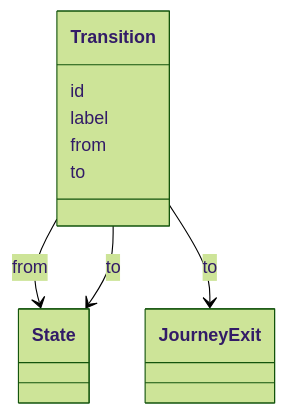
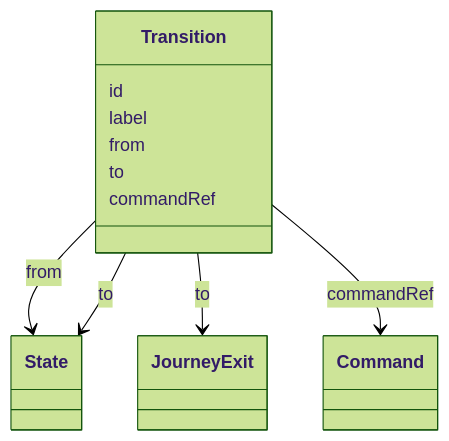
The third of 13 diagrams in specs/ed/graph/index.md (openuji/spec-ujg), drawn with Mermaid (forest theme) before and after one commit. The commit also changed other lines of this file and 48 other files, not shown here.

````diff
--- a/specs/ed/graph/index.md
+++ b/specs/ed/graph/index.md
@@ -134,16 +136,19 @@
 ```mermaid
 classDiagram
   class State
   class JourneyExit
+  class Command
 
   class Transition {
     id
     label
     from
     to
+    commandRef
   }
 
   Transition --> State : from
   Transition --> State : to
   Transition --> JourneyExit : to
+  Transition --> Command : commandRef
 ```
````
